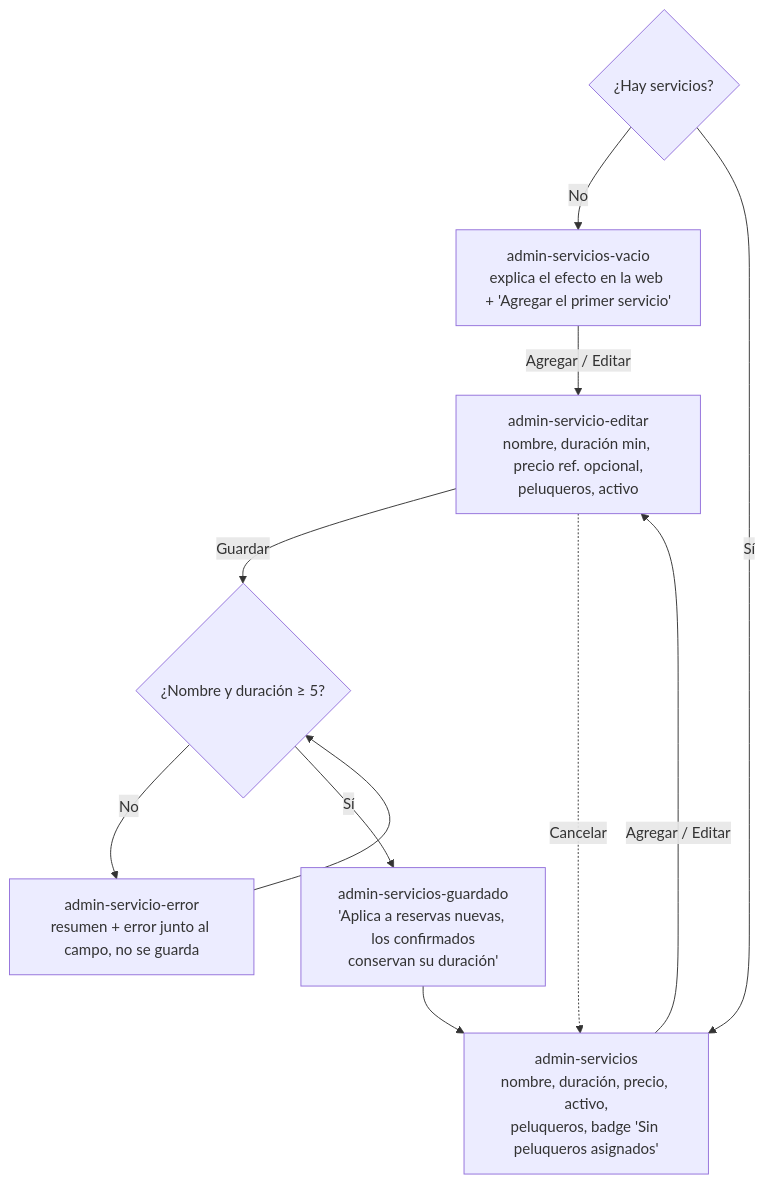
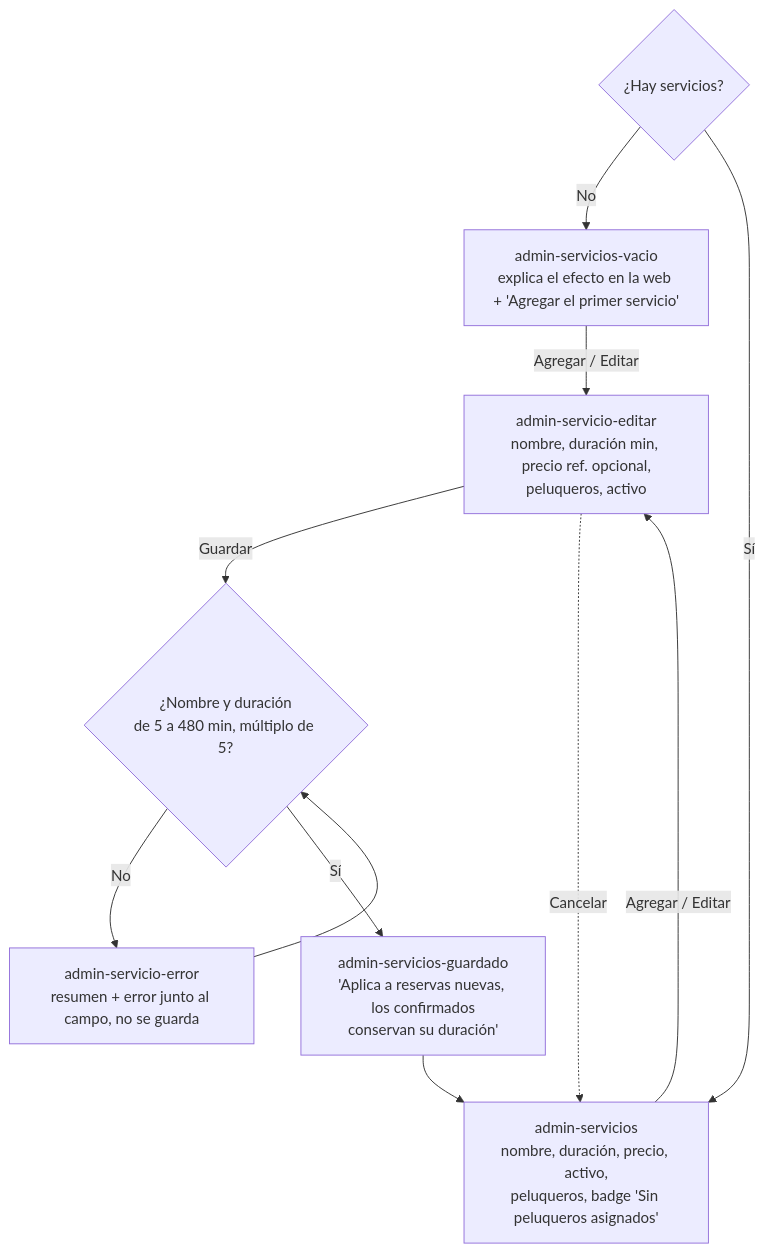
Before and after one commit to gm2dev/coop-agents-design: the eighth of 11 diagrams in initiatives/turnos-peluqueria-mvp/flows.md, drawn with Mermaid. The commit also changed other lines of this file and 9 other files, not shown here.

First line of the commit message:
docs(turnos-peluqueria-mvp): incorporar respuestas del Architect (P-D3, P-D4, P-D5, P-D7, S-3 a S-8)

````diff
--- a/initiatives/turnos-peluqueria-mvp/flows.md
+++ b/initiatives/turnos-peluqueria-mvp/flows.md
@@ -139,12 +139,12 @@
 ```mermaid
 flowchart TD
   l{¿Hay servicios?} -->|No| e[admin-servicios-vacio<br/>explica el efecto en la web + 'Agregar el primer servicio']
   l -->|Sí| list[admin-servicios<br/>nombre, duración, precio, activo,<br/>peluqueros, badge 'Sin peluqueros asignados']
   e & list -->|Agregar / Editar| f[admin-servicio-editar<br/>nombre, duración min, precio ref. opcional,<br/>peluqueros, activo]
-  f -->|Guardar| v{¿Nombre y duración ≥ 5?}
+  f -->|Guardar| v{¿Nombre y duración<br/>de 5 a 480 min, múltiplo de 5?}
   v -->|No| fe[admin-servicio-error<br/>resumen + error junto al campo, no se guarda]
   fe --> v
   v -->|Sí| ok[admin-servicios-guardado<br/>'Aplica a reservas nuevas, los confirmados<br/>conservan su duración']
   f -.->|Cancelar| list
   ok --> list
 ```
````
